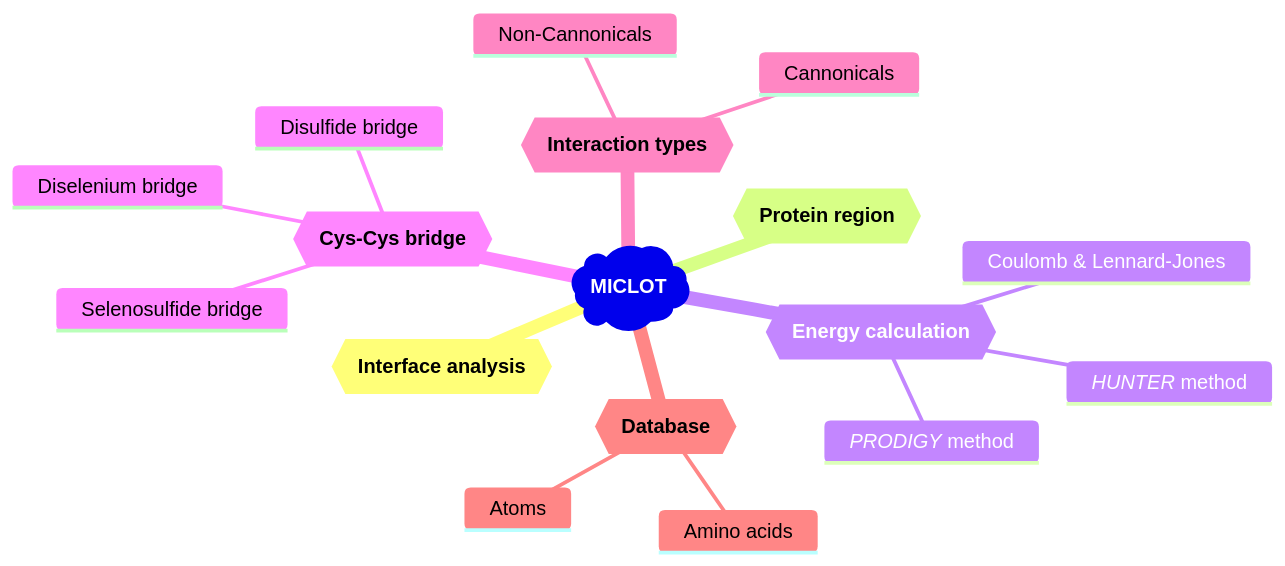
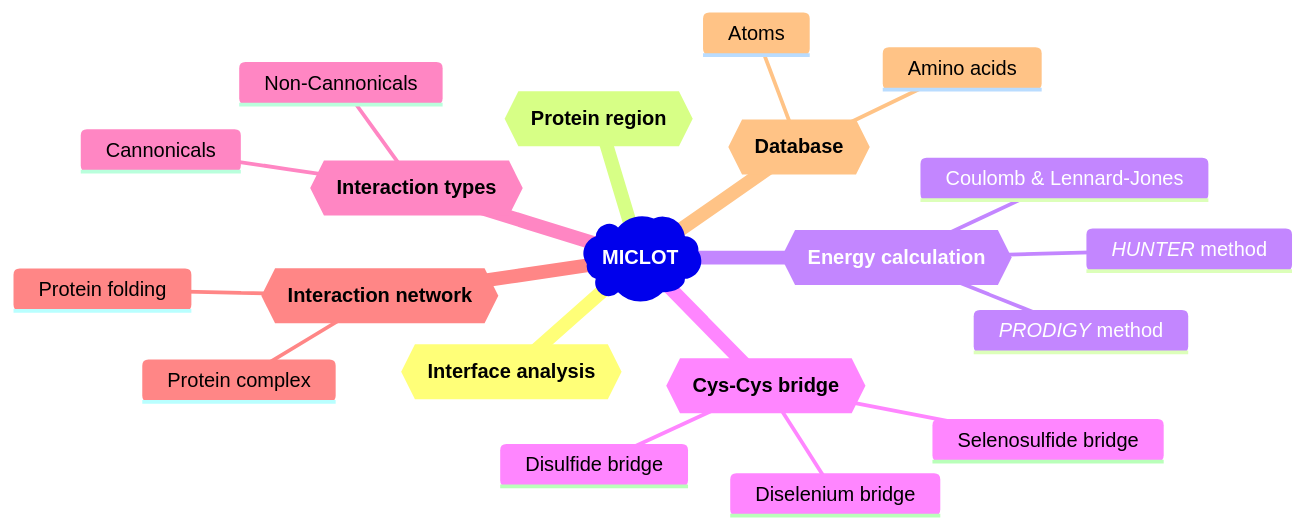
One commit to TMiclot/MICLOT changed the diagram in README.md. Above: the diagram before and after it, drawn with Mermaid.

````diff
--- a/README.md
+++ b/README.md
@@ -20,20 +20,23 @@
 ```mermaid
 mindmap
     root)**MICLOT**(
         id{{**Interface analysis**}}
         id{{**Protein region**}}
         id{{**Energy calculation**}}
             *PRODIGY* method
             *HUNTER* method
             Coulomb & Lennard-Jones
         id{{**Cys-Cys bridge**}}
             Disulfide bridge
             Diselenium bridge
             Selenosulfide bridge
         id{{**Interaction types**}}
             Cannonicals
             Non-Cannonicals
+        id{{**Interaction network**}}
+            Protein complex
+            Protein folding
         id{{**Database**}}
             Amino acids
             Atoms
 ```
````
